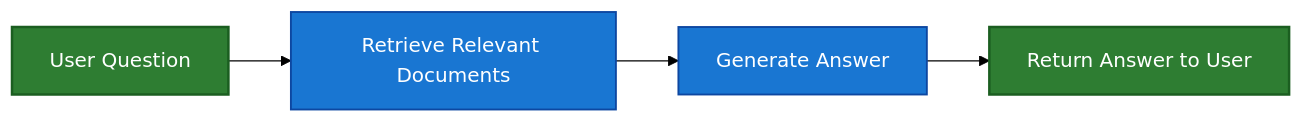
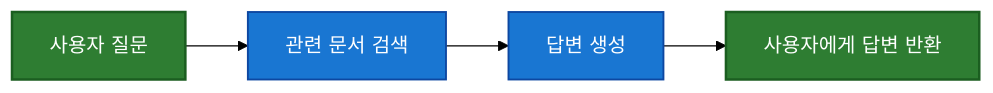
The second of 4 diagrams in src-ko/oss/langchain/retrieval.mdx (jeongsk/langchain-docs), drawn with Mermaid (forest theme) before and after one commit. The commit also changed other lines of this file and 20 other files, not shown here.

````diff
--- a/src-ko/oss/langchain/retrieval.mdx
+++ b/src-ko/oss/langchain/retrieval.mdx
@@ -139,13 +145,13 @@
 ```mermaid
 graph LR
-    A[User Question] --> B["Retrieve Relevant Documents"]
-    B --> C["Generate Answer"]
-    C --> D[Return Answer to User]
+    A[사용자 질문] --> B["관련 문서 검색"]
+    B --> C["답변 생성"]
+    C --> D[사용자에게 답변 반환]
 
     %% Styling
     classDef startend fill:#2e7d32,stroke:#1b5e20,stroke-width:2px,color:#fff
     classDef process fill:#1976d2,stroke:#0d47a1,stroke-width:1.5px,color:#fff
 
     class A,D startend
     class B,C process
 ```
````
